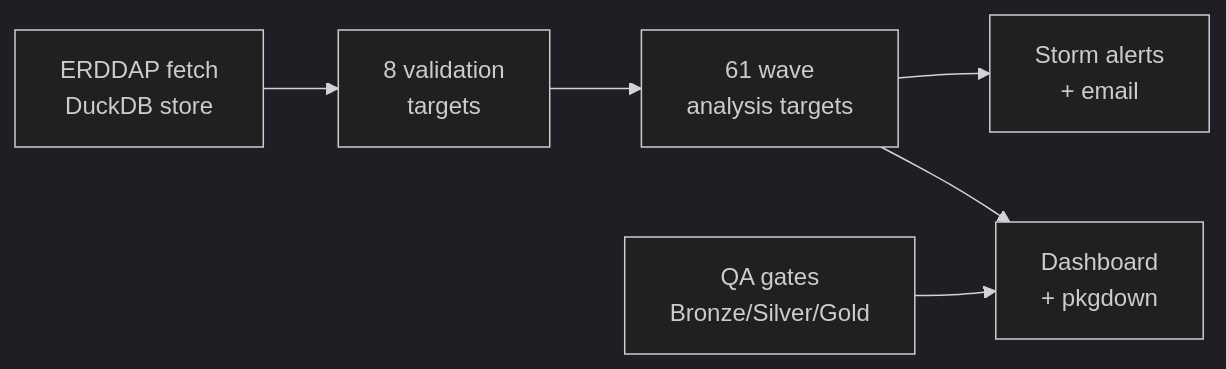
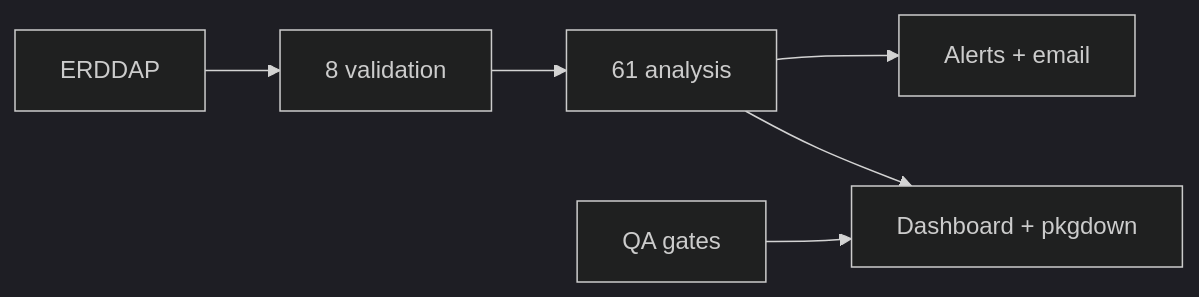
Before and after one commit to JohnGavin/llm: the fourth of 5 diagrams in vignettes/closeread-infrastructure.qmd, drawn with Mermaid (dark theme). The commit also changed other lines of this file, not shown here.

First line of the commit message:
fix: diagrams outside tabs, horizontal layout, dark header, no TOC (#66)

````diff
--- a/vignettes/closeread-infrastructure.qmd
+++ b/vignettes/closeread-infrastructure.qmd
@@ -219,14 +186,8 @@
 ```{mermaid}
-%%| fig-cap: "Simplified view: [ERDDAP](https://erddap.marine.ie/){target='_blank'} fetch → 8 validation targets → 61 wave analysis targets → storm alerts + dashboard + [pkgdown](https://pkgdown.r-lib.org/){target='_blank'}. QA gates score Bronze/Silver/Gold before merge."
+%%| fig-cap: "Simplified view: [ERDDAP](https://erddap.marine.ie/){target='_blank'} fetch → validation → wave analysis → outputs. QA gates score Bronze/Silver/Gold before merge."
 graph LR
-  acq["ERDDAP fetch<br/>DuckDB store"]
-  val["8 validation<br/>targets"]
-  wave["61 wave<br/>analysis targets"]
-  alert["Storm alerts<br/>+ email"]
-  site["Dashboard<br/>+ pkgdown"]
-  qa["QA gates<br/>Bronze/Silver/Gold"]
-  acq --> val --> wave
-  wave --> alert
-  wave --> site
-  qa --> site
+  acq["ERDDAP"] --> val["8 validation"] --> wave["61 analysis"]
+  wave --> alert["Alerts + email"]
+  wave --> site["Dashboard + pkgdown"]
+  qa["QA gates"] --> site
 ```
````
